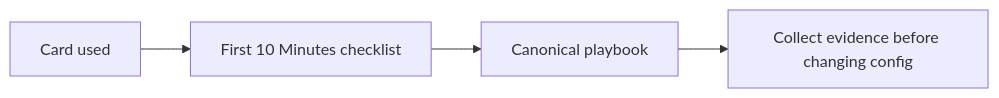
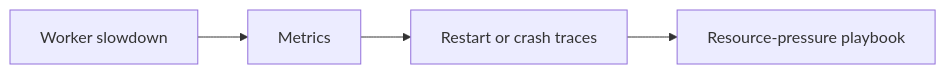
The fifth of 7 diagrams in docs/troubleshooting/quick-diagnosis-cards.md (yeongseon/azure-functions-practical-guide), drawn with Mermaid before and after one commit. The commit also changed other lines of this file and 3 other files, not shown here.

````diff
--- a/docs/troubleshooting/quick-diagnosis-cards.md
+++ b/docs/troubleshooting/quick-diagnosis-cards.md
@@ -53,6 +190,6 @@
 ```mermaid
 graph LR
-    A[Card used] --> B[First 10 Minutes checklist]
-    B --> C[Canonical playbook]
-    C --> D[Collect evidence before changing config]
+    A[Worker slowdown] --> B[Metrics]
+    B --> C[Restart or crash traces]
+    C --> D[Resource-pressure playbook]
 ```
````
